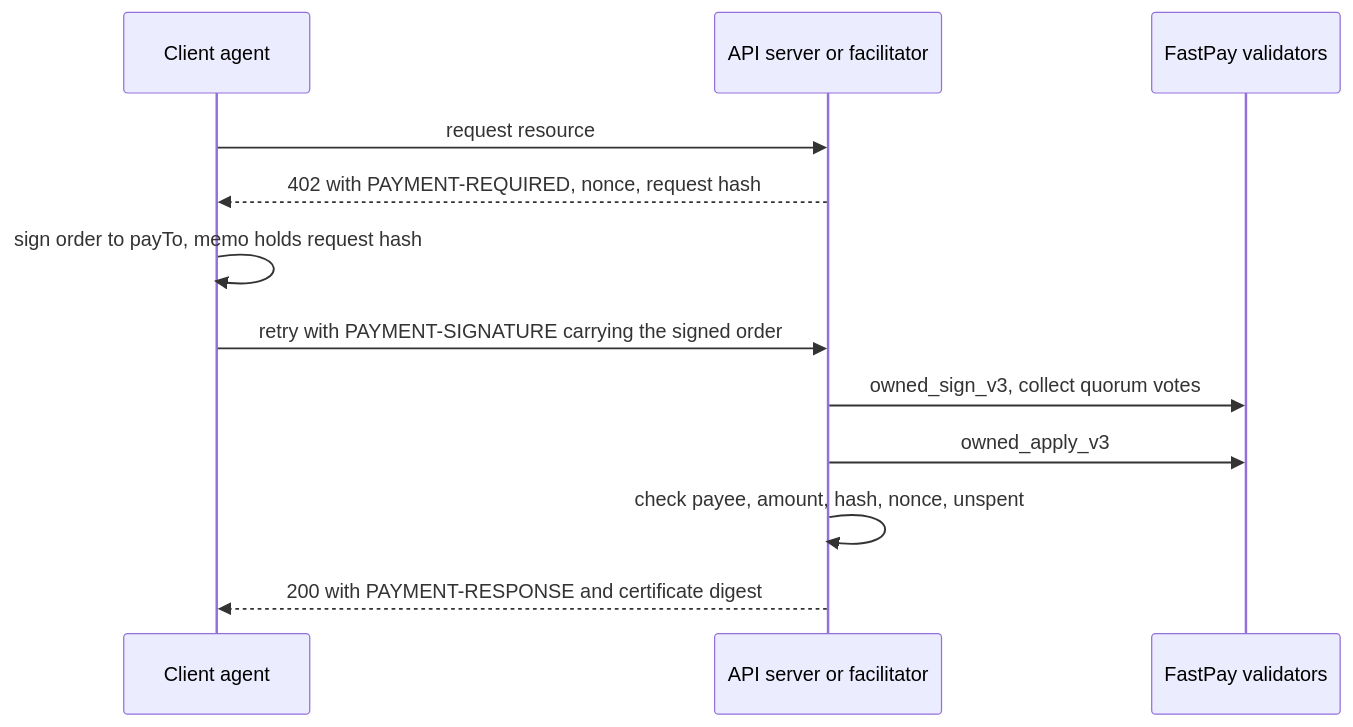
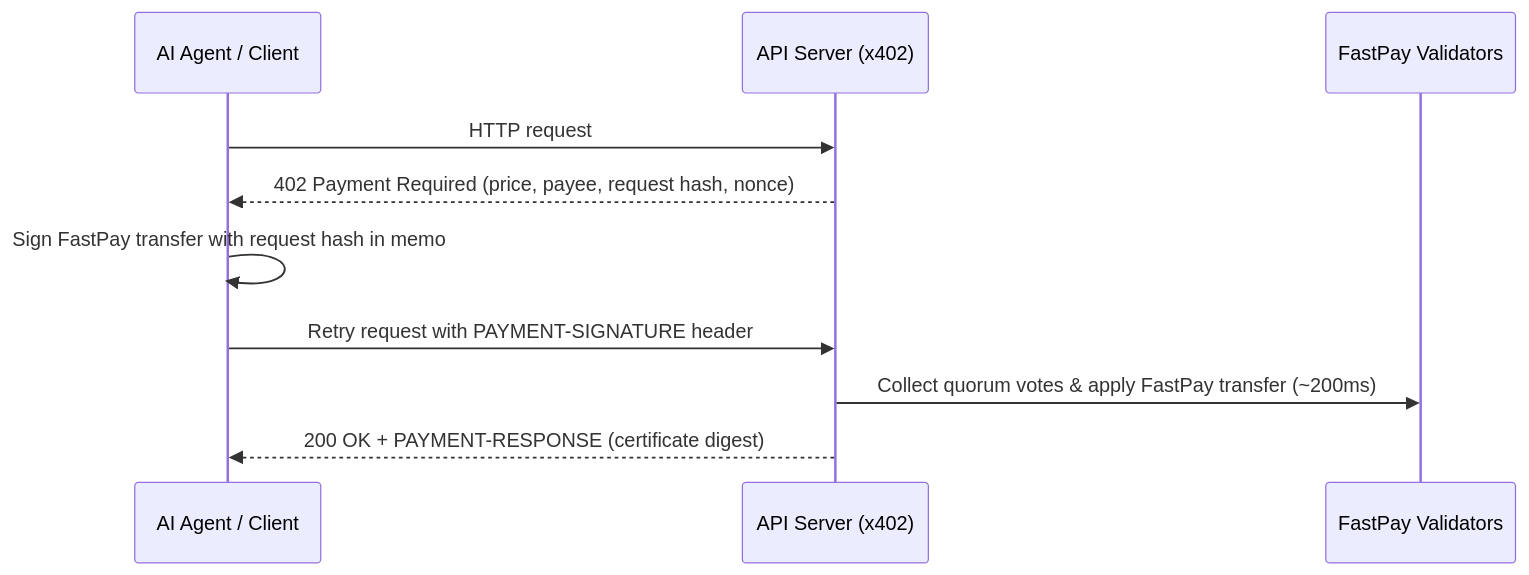
The second of 2 diagrams in big_milestone/pillars/02-message-protocol.md (postfiatorg/postfiatl1v2), drawn with Mermaid before and after one commit. The commit also changed other lines of this file and 45 other files, not shown here.

````diff
--- a/big_milestone/pillars/02-message-protocol.md
+++ b/big_milestone/pillars/02-message-protocol.md
@@ -71,14 +40,12 @@
 ```mermaid
 sequenceDiagram
-    participant C as Client agent
-    participant S as API server or facilitator
-    participant V as FastPay validators
-    C->>S: request resource
-    S-->>C: 402 with PAYMENT-REQUIRED, nonce, request hash
-    C->>C: sign order to payTo, memo holds request hash
-    C->>S: retry with PAYMENT-SIGNATURE carrying the signed order
-    S->>V: owned_sign_v3, collect quorum votes
-    S->>V: owned_apply_v3
-    S->>S: check payee, amount, hash, nonce, unspent
-    S-->>C: 200 with PAYMENT-RESPONSE and certificate digest
+    participant C as AI Agent / Client
+    participant S as API Server (x402)
+    participant V as FastPay Validators
+    C->>S: HTTP request
+    S-->>C: 402 Payment Required (price, payee, request hash, nonce)
+    C->>C: Sign FastPay transfer with request hash in memo
+    C->>S: Retry request with PAYMENT-SIGNATURE header
+    S->>V: Collect quorum votes & apply FastPay transfer (~200ms)
+    S-->>C: 200 OK + PAYMENT-RESPONSE (certificate digest)
 ```
````
